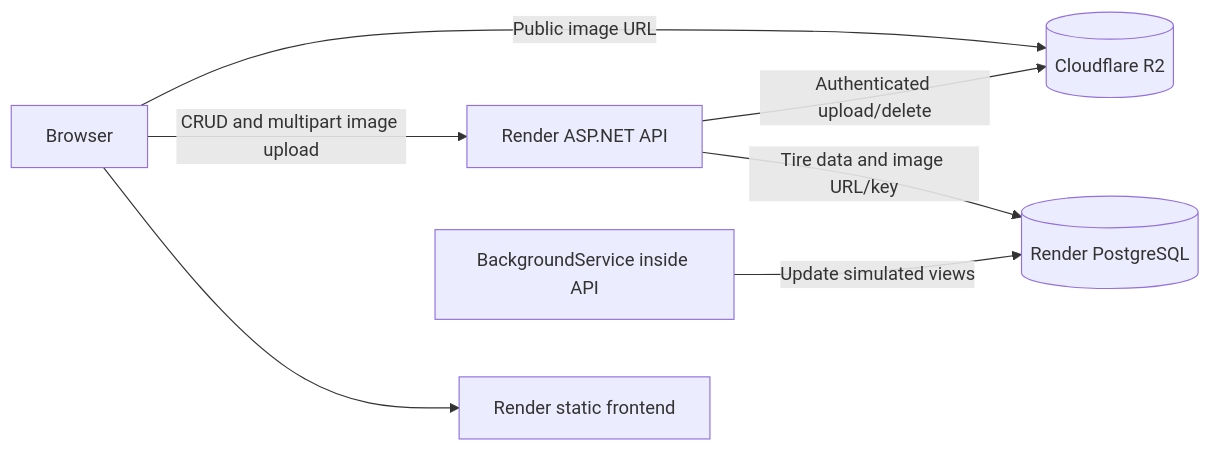
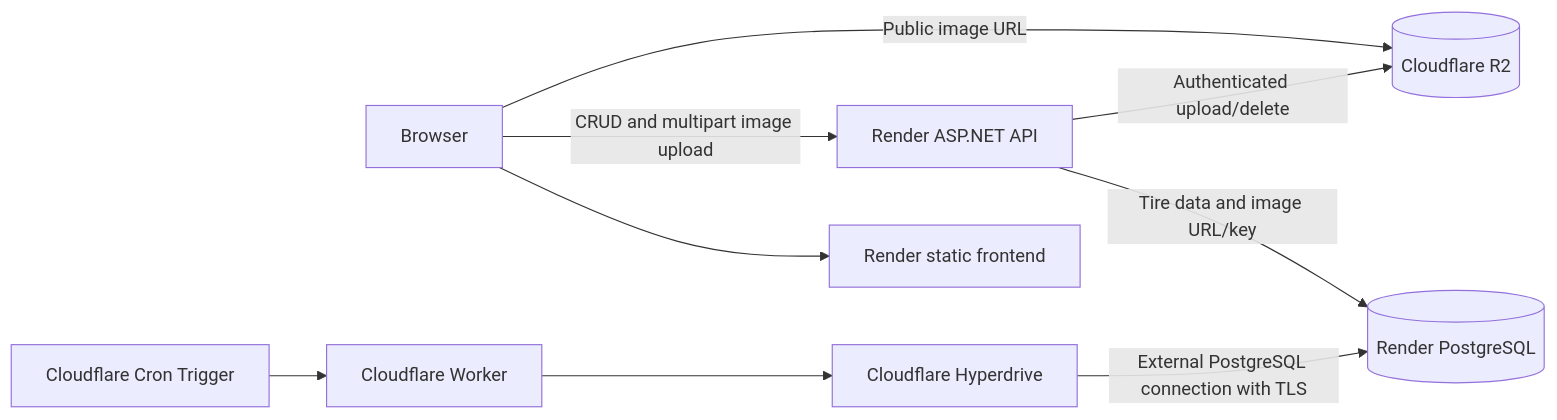
The diagram in README.md (Serious-Fin/cloud-computing-ex3), drawn with Mermaid before and after one commit. The commit also changed other lines of this file and 16 other files, not shown here.

Commit message:
move background process out of render into cloudflare

````diff
--- a/README.md
+++ b/README.md
@@ -287,9 +286,11 @@
 ```mermaid
 flowchart LR
     Browser[Browser] --> Web[Render static frontend]
     Browser -->|CRUD and multipart image upload| API[Render ASP.NET API]
     API -->|Tire data and image URL/key| DB[(Render PostgreSQL)]
     API -->|Authenticated upload/delete| R2[(Cloudflare R2)]
     Browser -->|Public image URL| R2
-    Worker[BackgroundService inside API] -->|Update simulated views| DB
+    Cron[Cloudflare Cron Trigger] --> Worker[Cloudflare Worker]
+    Worker --> Hyperdrive[Cloudflare Hyperdrive]
+    Hyperdrive -->|External PostgreSQL connection with TLS| DB
 ```
````
